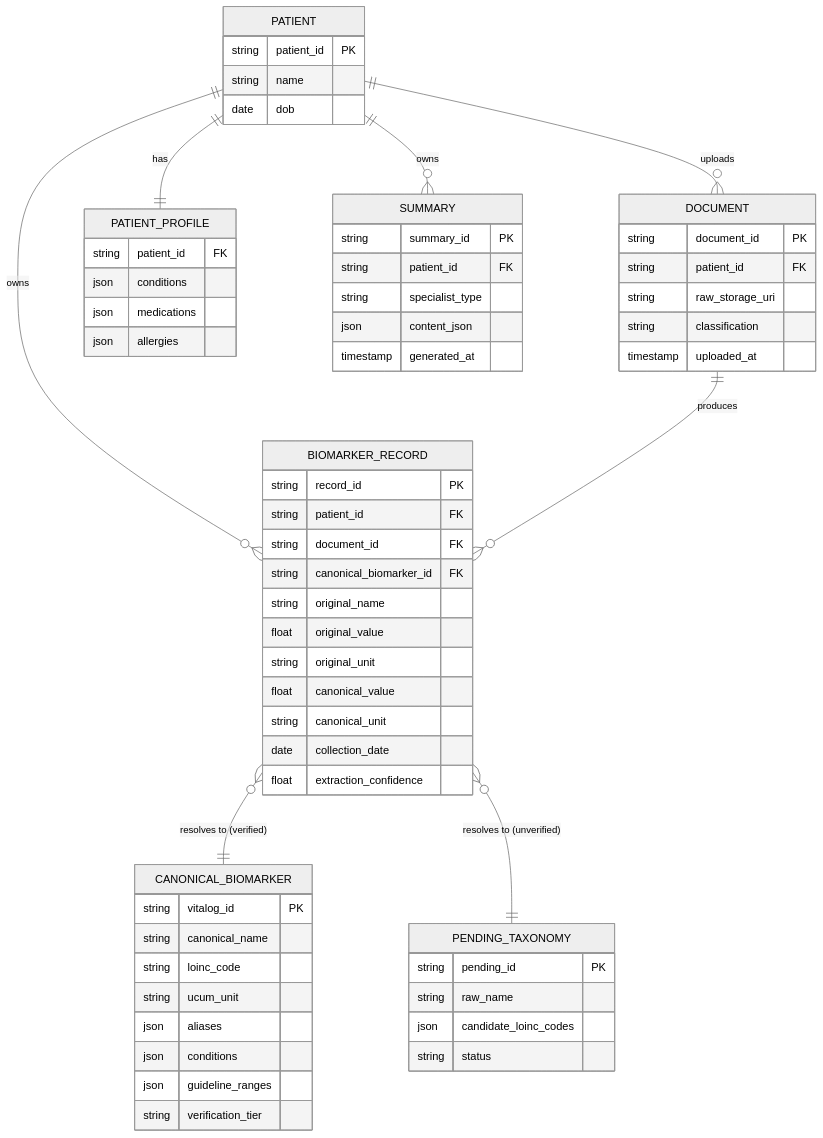
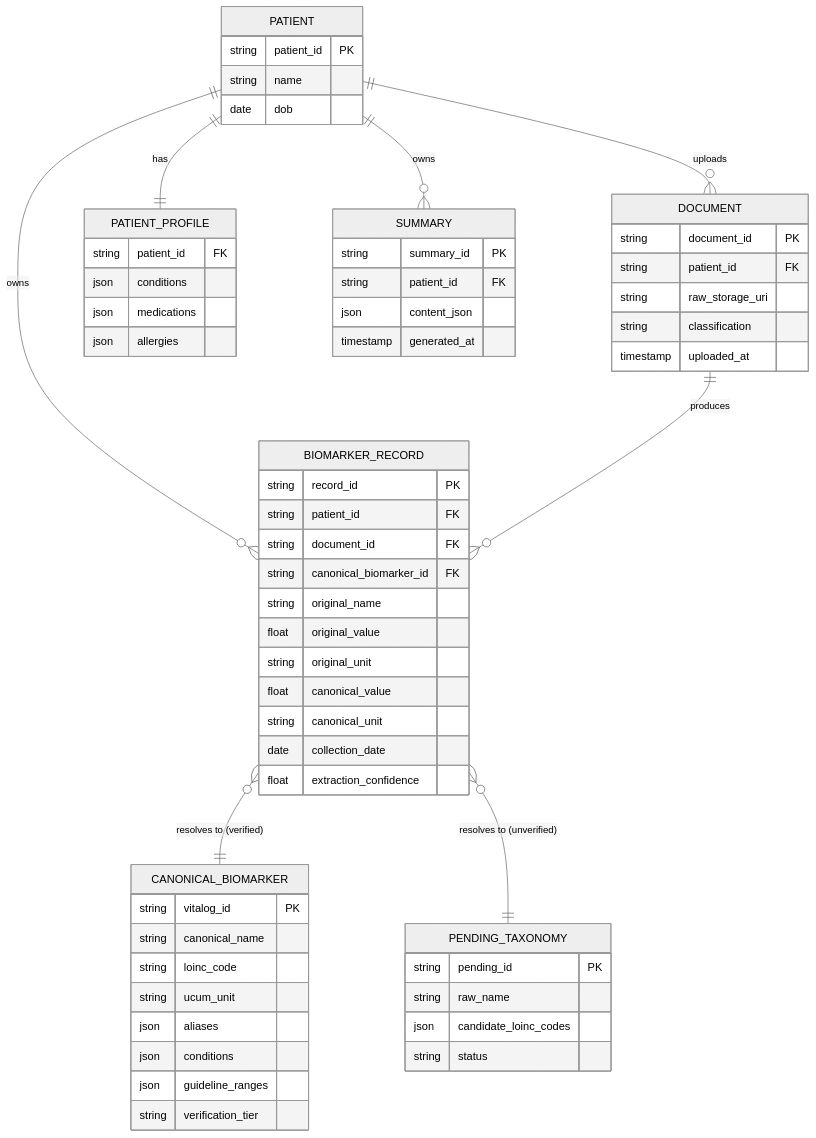
The second of 4 diagrams in docs/Vitalog_architecture.md (sandeepnunna90/vitalog), drawn with Mermaid (neutral theme) before and after one commit. The commit also changed other lines of this file and 7 other files, not shown here.

````diff
--- a/docs/Vitalog_architecture.md
+++ b/docs/Vitalog_architecture.md
@@ -644,65 +643,64 @@
 ```mermaid
 erDiagram
     PATIENT ||--o{ DOCUMENT : uploads
     PATIENT ||--|| PATIENT_PROFILE : has
     PATIENT ||--o{ BIOMARKER_RECORD : owns
     PATIENT ||--o{ SUMMARY : owns
     DOCUMENT ||--o{ BIOMARKER_RECORD : produces
     BIOMARKER_RECORD }o--|| CANONICAL_BIOMARKER : "resolves to (verified)"
     BIOMARKER_RECORD }o--|| PENDING_TAXONOMY : "resolves to (unverified)"
 
     PATIENT {
         string patient_id PK
         string name
         date dob
     }
     PATIENT_PROFILE {
         string patient_id FK
         json conditions
         json medications
         json allergies
     }
     DOCUMENT {
         string document_id PK
         string patient_id FK
         string raw_storage_uri
         string classification
         timestamp uploaded_at
     }
     BIOMARKER_RECORD {
         string record_id PK
         string patient_id FK
         string document_id FK
         string canonical_biomarker_id FK
         string original_name
         float original_value
         string original_unit
         float canonical_value
         string canonical_unit
         date collection_date
         float extraction_confidence
     }
     CANONICAL_BIOMARKER {
         string vitalog_id PK
         string canonical_name
         string loinc_code
         string ucum_unit
         json aliases
         json conditions
         json guideline_ranges
         string verification_tier
     }
     PENDING_TAXONOMY {
         string pending_id PK
         string raw_name
         json candidate_loinc_codes
         string status
     }
     SUMMARY {
         string summary_id PK
         string patient_id FK
-        string specialist_type
         json content_json
         timestamp generated_at
     }
 ```
````
